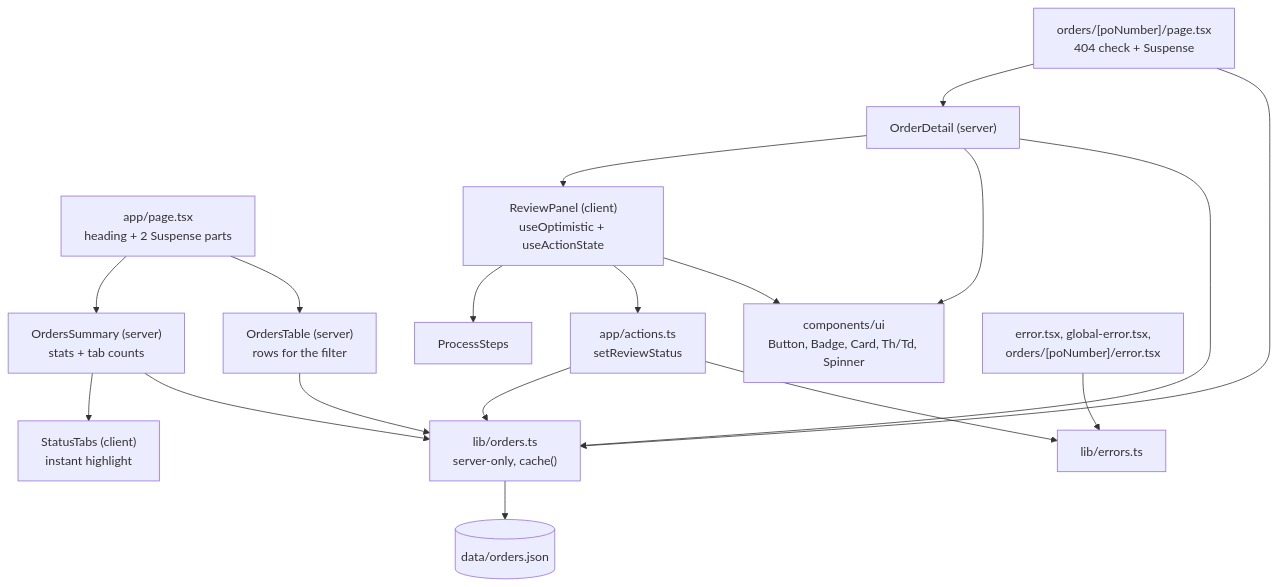
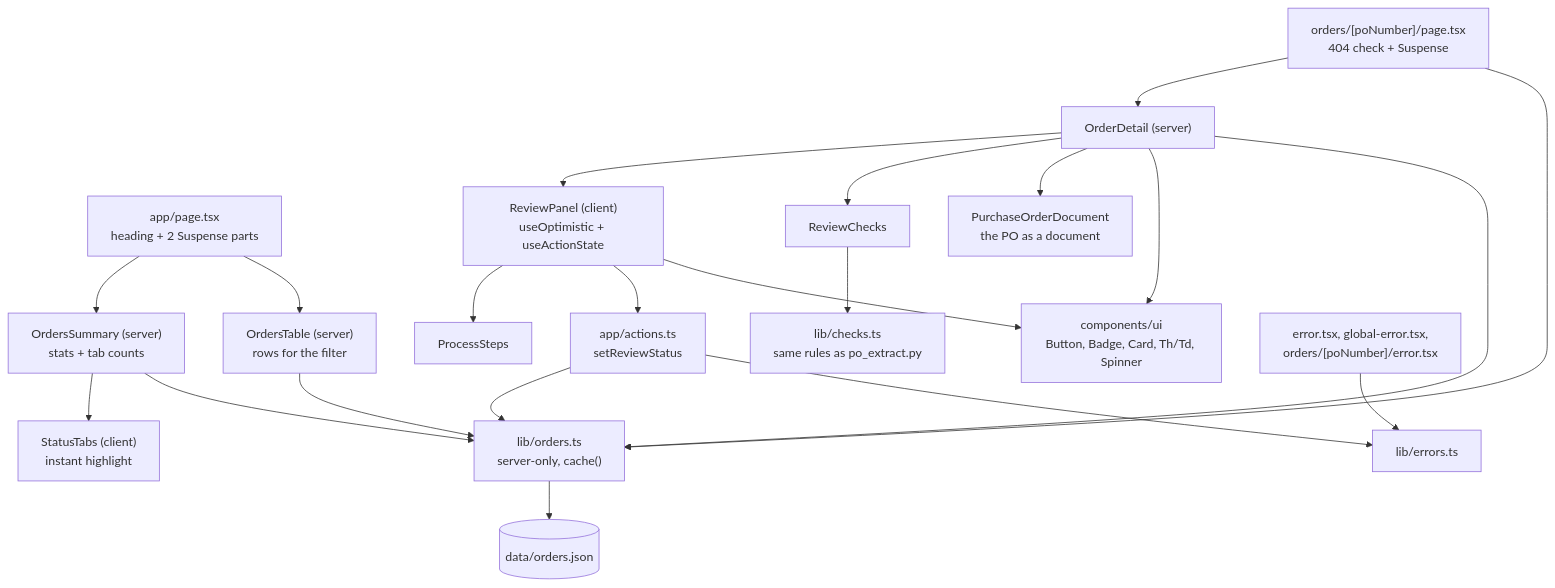
Before and after one commit to TRUPALIX9/bhf-take-home: the third of 10 diagrams in docs/DESIGN.md, drawn with Mermaid. The commit also changed other lines of this file and 11 other files, not shown here.

First line of the commit message:
Show the PO as a familiar purchase order document

````diff
--- a/docs/DESIGN.md
+++ b/docs/DESIGN.md
@@ -62,21 +62,23 @@
 ```mermaid
 flowchart TD
   List["app/page.tsx<br/>heading + 2 Suspense parts"] --> Summary["OrdersSummary (server)<br/>stats + tab counts"]
   List --> Table["OrdersTable (server)<br/>rows for the filter"]
   Summary --> Tabs["StatusTabs (client)<br/>instant highlight"]
   Detail["orders/[poNumber]/page.tsx<br/>404 check + Suspense"] --> OD["OrderDetail (server)"]
   Steps["ProcessSteps"]
   OD --> Review["ReviewPanel (client)<br/>useOptimistic + useActionState"]
+  OD --> Checks["ReviewChecks"] --> CK["lib/checks.ts<br/>same rules as po_extract.py"]
+  OD --> Doc["PurchaseOrderDocument<br/>the PO as a document"]
   Review --> Steps
   Review --> Action["app/actions.ts<br/>setReviewStatus"]
   OD --> UI["components/ui<br/>Button, Badge, Card, Th/Td, Spinner"]
   Review --> UI
   Action --> Orders["lib/orders.ts<br/>server-only, cache()"]
   Summary --> Orders
   Table --> Orders
   OD --> Orders
   Detail --> Orders
   Action --> Errors["lib/errors.ts"]
   Boundaries["error.tsx, global-error.tsx,<br/>orders/[poNumber]/error.tsx"] --> Errors
   Orders --> Seed[("data/orders.json")]
 ```
````
